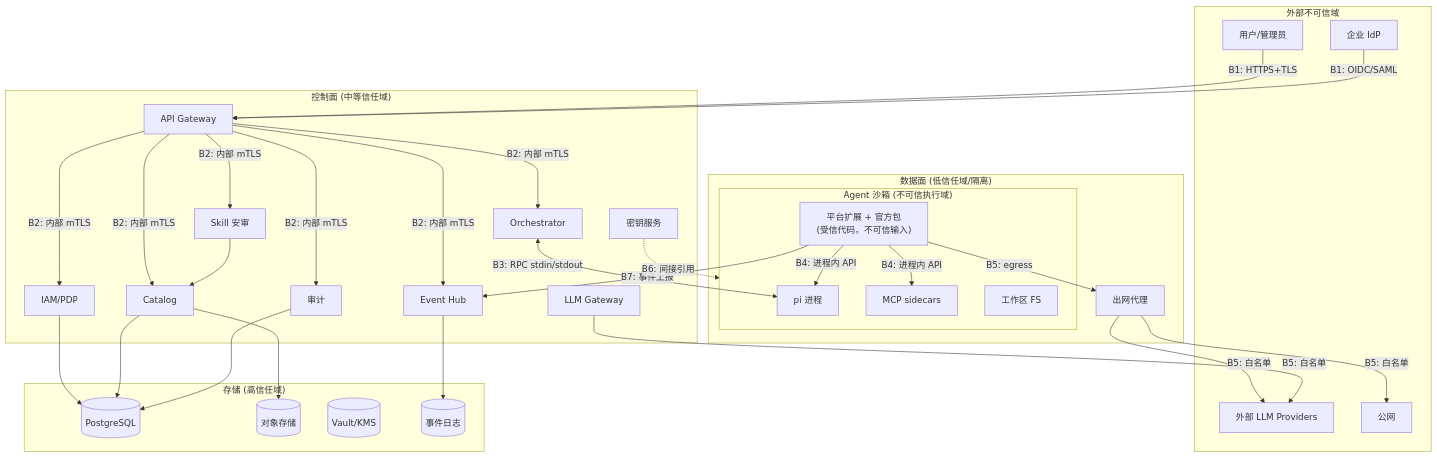
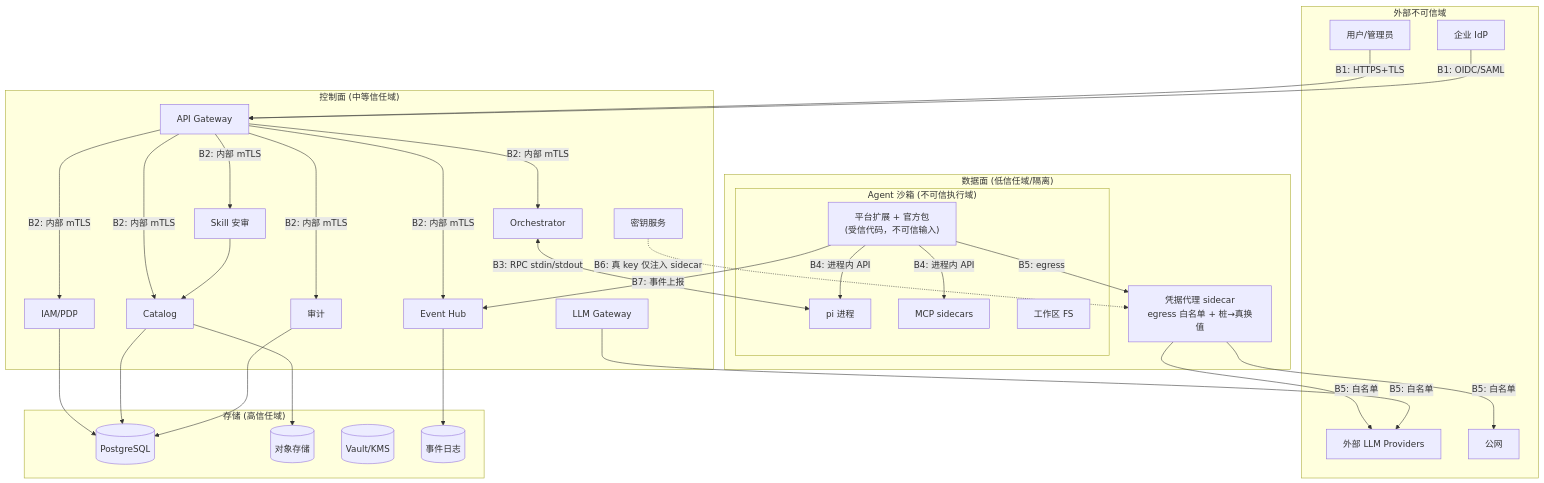
One commit to hxp0618/cloud-agents changed the first of 2 diagrams in doc/design/11-security-and-threat-model.md. Above: the diagram before and after it, drawn with Mermaid. The commit also changed other lines of this file and 5 other files, not shown here.

First line of the commit message:
docs: Polaris 设计文档 v0.6.2 — 沙箱后端 reconcile Sandbox CR + 凭据代理 sidecar

````diff
--- a/doc/design/11-security-and-threat-model.md
+++ b/doc/design/11-security-and-threat-model.md
@@ -23,62 +23,62 @@
 ```mermaid
 flowchart TB
     subgraph External["外部不可信域"]
         User["用户/管理员"]
         IdP["企业 IdP"]
         LLM["外部 LLM Providers"]
         Internet["公网"]
     end
 
     subgraph CP["控制面 (中等信任域)"]
         GW["API Gateway"]
         IAM["IAM/PDP"]
         Catalog["Catalog"]
         Review["Skill 安审"]
         Orch["Orchestrator"]
         EventHub["Event Hub"]
         Audit["审计"]
         LLMGW["LLM Gateway"]
         Secrets["密钥服务"]
     end
 
     subgraph DP["数据面 (低信任域/隔离)"]
         subgraph SBX["Agent 沙箱 (不可信执行域)"]
             Pi["pi 进程"]
             PExt["平台扩展 + 官方包<br/>(受信代码，不可信输入)"]
             MCP["MCP sidecars"]
             WS["工作区 FS"]
         end
-        Egress["出网代理"]
+        Egress["凭据代理 sidecar<br/>egress 白名单 + 桩→真换值"]
     end
 
     subgraph Stores["存储 (高信任域)"]
         PG[("PostgreSQL")]
         OS[("对象存储")]
         Vault[("Vault/KMS")]
         EvtLog[("事件日志")]
     end
 
     User -->|"B1: HTTPS+TLS"| GW
     IdP -->|"B1: OIDC/SAML"| GW
     GW -->|"B2: 内部 mTLS"| IAM
     GW -->|"B2: 内部 mTLS"| Catalog
     GW -->|"B2: 内部 mTLS"| Review
     GW -->|"B2: 内部 mTLS"| Orch
     GW -->|"B2: 内部 mTLS"| EventHub
     GW -->|"B2: 内部 mTLS"| Audit
     Orch <-->|"B3: RPC stdin/stdout"| Pi
     PExt -->|"B4: 进程内 API"| Pi
     PExt -->|"B4: 进程内 API"| MCP
     PExt -->|"B5: egress"| Egress
     Egress -->|"B5: 白名单"| LLM
     Egress -->|"B5: 白名单"| Internet
     LLMGW -->|"B5: 白名单"| LLM
-    Secrets -.->|"B6: 间接引用"| SBX
+    Secrets -.->|"B6: 真 key 仅注入 sidecar"| Egress
     PExt -->|"B7: 事件上报"| EventHub
     EventHub --> EvtLog
     IAM --> PG
     Catalog --> PG
     Audit --> PG
     Catalog --> OS
     Review --> Catalog
 ```
````
